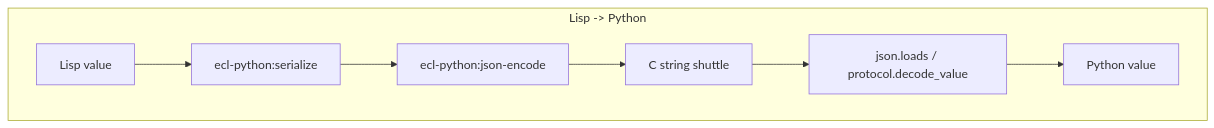
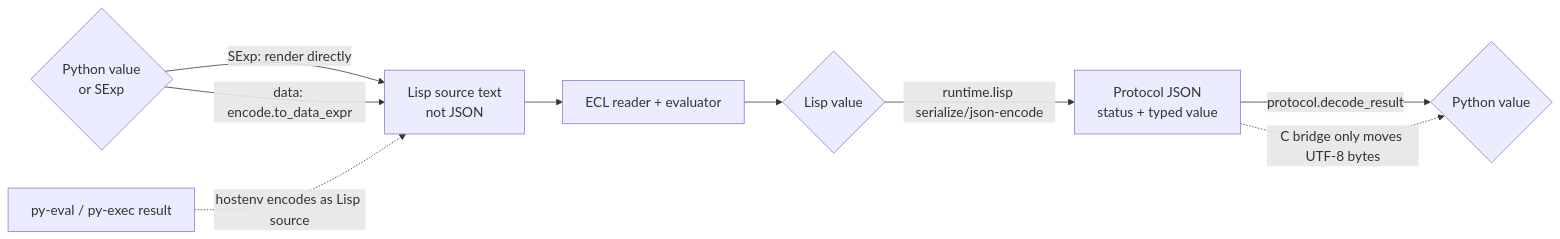
The third of 3 diagrams in docs/architecture.md (tani/eclpy), drawn with Mermaid before and after one commit. The commit also changed other lines of this file and 21 other files, not shown here.

````diff
--- a/docs/architecture.md
+++ b/docs/architecture.md
@@ -76,11 +81,20 @@
 ```mermaid
+%%{init: {"themeVariables": {"fontSize": "18px"}}}%%
 flowchart LR
-    subgraph "Lisp -> Python"
-        direction LR
-        lv2["Lisp value"] --> ser["ecl-python:serialize"]
-        ser --> je["ecl-python:json-encode"]
-        je --> shuttle["C string shuttle"]
-        shuttle --> dec["json.loads / protocol.decode_value"]
-        dec --> pv2["Python value"]
-    end
+    pyin{"Python value<br/>or SExp"}
+    source["Lisp source text<br/>not JSON"]
+    eval["ECL reader + evaluator"]
+    lisp{"Lisp value"}
+    json["Protocol JSON<br/>status + typed value"]
+    pyout{"Python value"}
+
+    pyin -->|"SExp: render directly"| source
+    pyin -->|"data: encode.to_data_expr"| source
+    source --> eval
+    eval --> lisp
+    lisp -->|"runtime.lisp serialize/json-encode"| json
+    json -->|"protocol.decode_result"| pyout
+
+    pyeval["py-eval / py-exec result"] -.->|"hostenv encodes as Lisp source"| source
+    json -.->|"C bridge only moves UTF-8 bytes"| pyout
 ```
````
